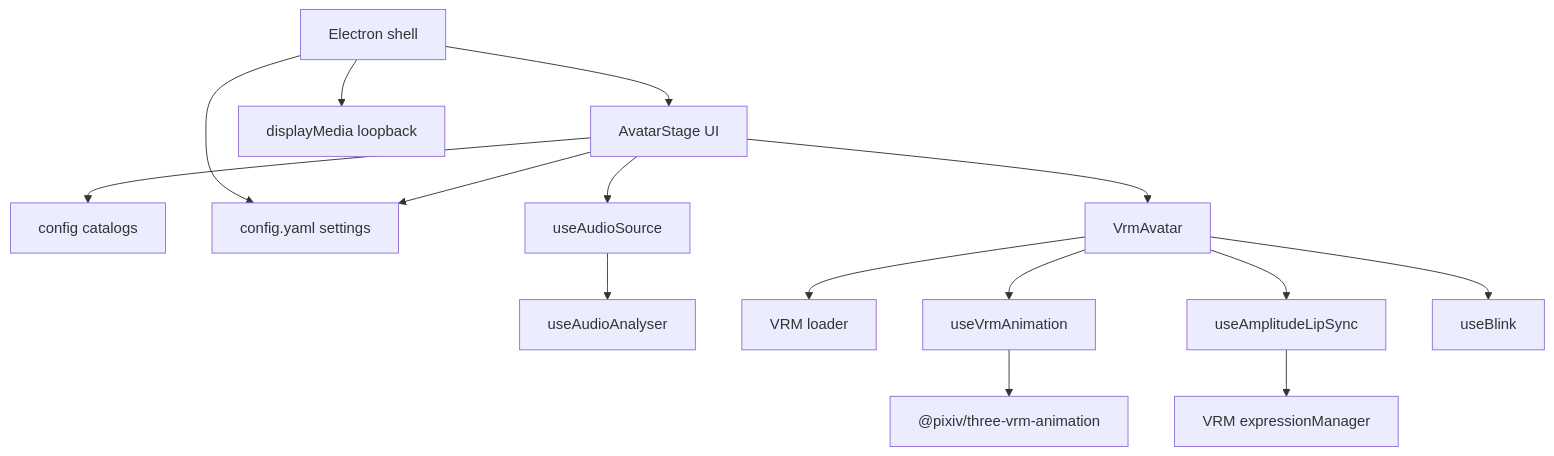
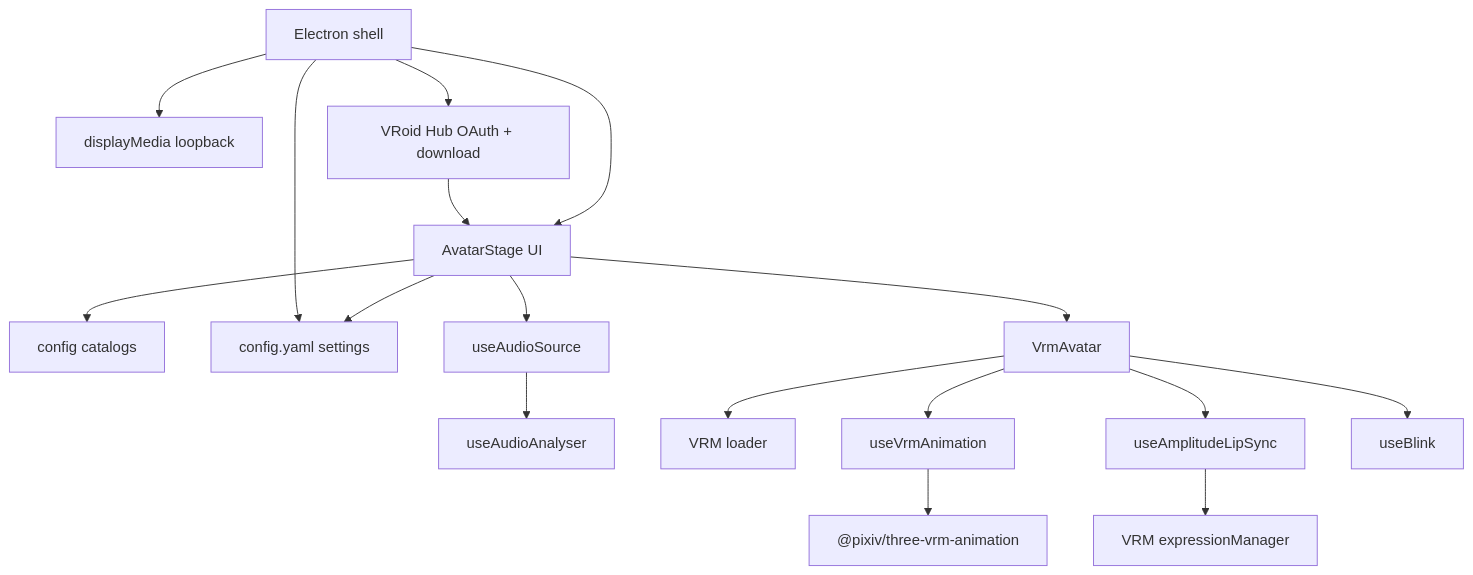
Before and after one commit to ARPAHLS/avatar: the diagram in docs/architecture/overview.md, drawn with Mermaid. The commit also changed other lines of this file and 30 other files, not shown here.

First line of the commit message:
refine: VRoid Hub UX split, docs, and download resilience

````diff
--- a/docs/architecture/overview.md
+++ b/docs/architecture/overview.md
@@ -3,17 +3,19 @@
 ```mermaid
 flowchart TB
     UI[AvatarStage UI] --> Config[config catalogs]
     UI --> Persist[config.yaml settings]
     UI --> Audio[useAudioSource]
     Audio --> Analyser[useAudioAnalyser]
     UI --> Avatar[VrmAvatar]
     Avatar --> VRM[VRM loader]
     Avatar --> VRMA[useVrmAnimation]
     Avatar --> Lip[useAmplitudeLipSync]
     Avatar --> Blink[useBlink]
     VRMA --> Pixiv["@pixiv/three-vrm-animation"]
     Lip --> Expressions[VRM expressionManager]
     Electron[Electron shell] --> UI
     Electron --> Persist
     Electron --> Loopback[displayMedia loopback]
+    Electron --> Vroid[VRoid Hub OAuth + download]
+    Vroid --> UI
 ```
````
